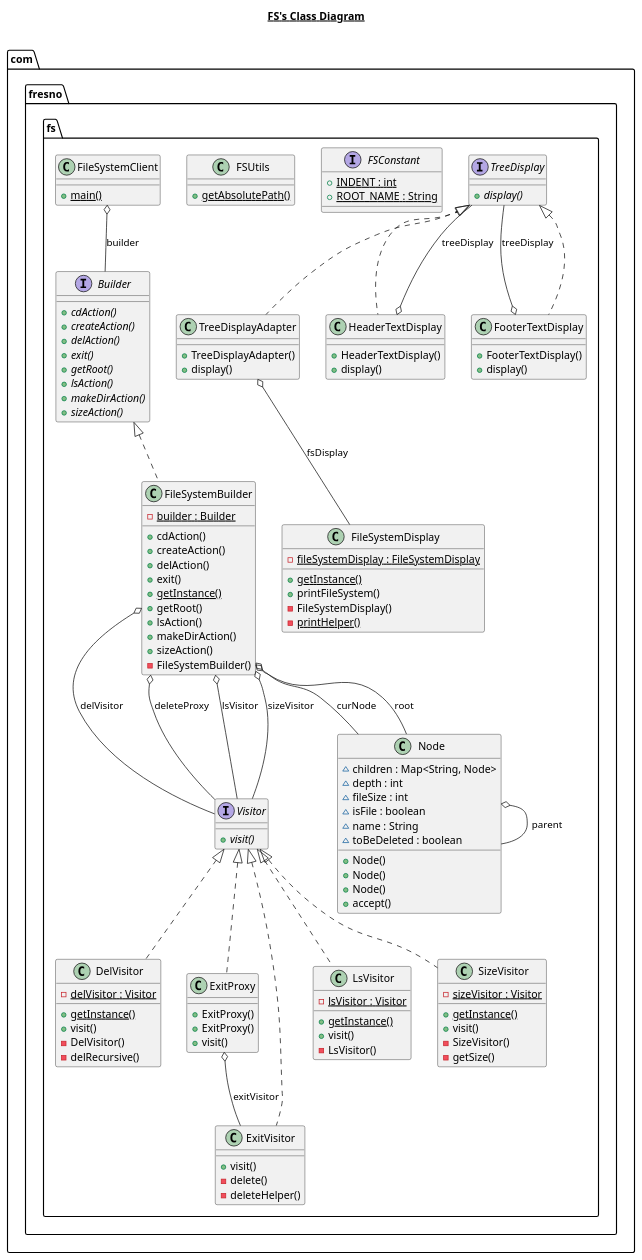
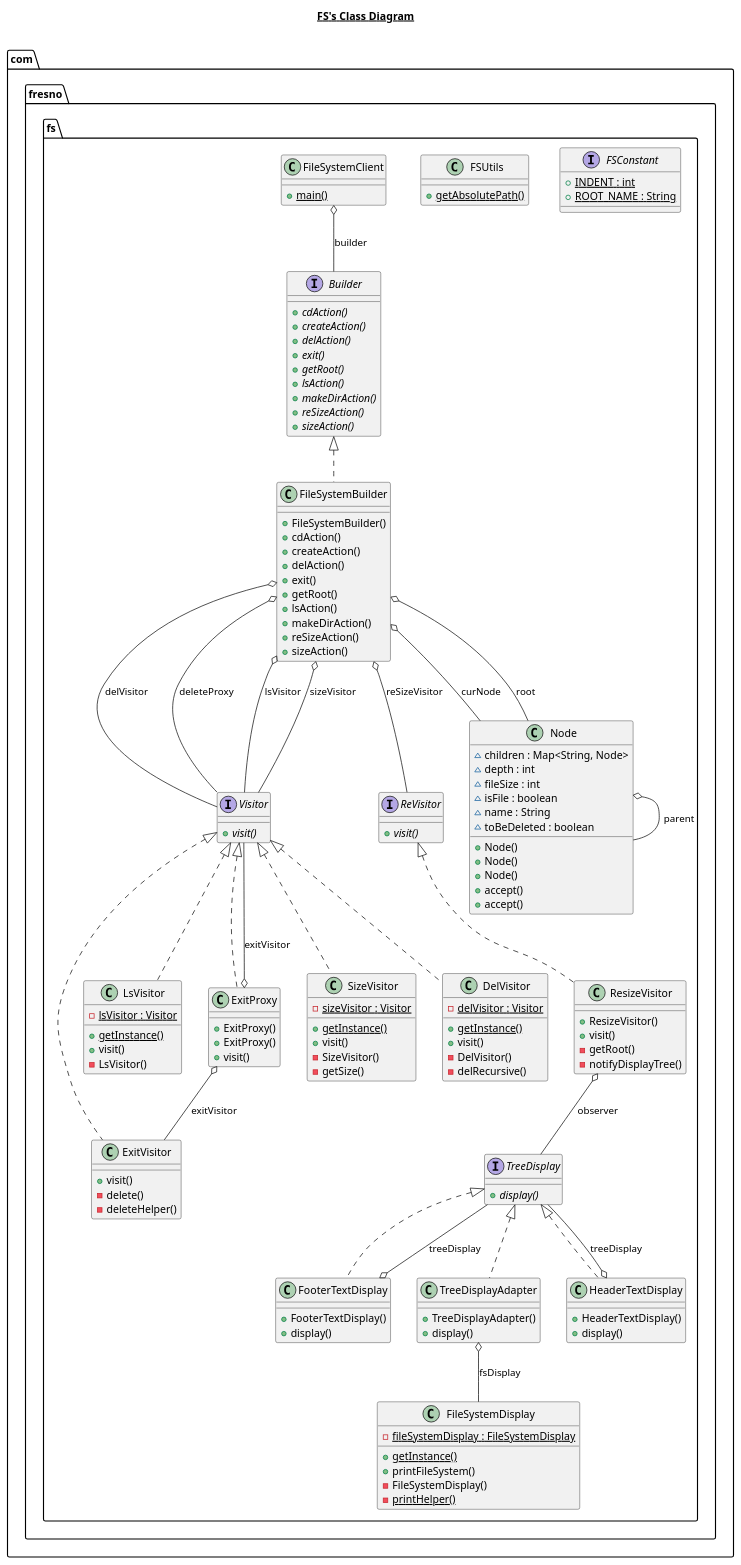
Before and after one commit to qwang6/assignment: the diagram in src/main/java/com/fresno/fs/fs.plantuml, drawn with PlantUML. The commit also changed 14 other files, not shown here.

```diff
--- a/src/main/java/com/fresno/fs/fs.plantuml
+++ b/src/main/java/com/fresno/fs/fs.plantuml
@@ -11,6 +11,7 @@
         {abstract} + getRoot()
         {abstract} + lsAction()
         {abstract} + makeDirAction()
+        {abstract} + reSizeAction()
         {abstract} + sizeAction()
     }
   }
@@ -62,17 +63,16 @@
 
   namespace com.fresno.fs {
     class com.fresno.fs.FileSystemBuilder {
-        {static} - builder : Builder
+        + FileSystemBuilder()
         + cdAction()
         + createAction()
         + delAction()
         + exit()
-        {static} + getInstance()
         + getRoot()
         + lsAction()
         + makeDirAction()
+        + reSizeAction()
         + sizeAction()
-        - FileSystemBuilder()
     }
   }
   
@@ -133,6 +133,24 @@
         + Node()
         + Node()
         + accept()
+        + accept()
+    }
+  }
+  
+
+  namespace com.fresno.fs {
+    interface com.fresno.fs.ReVisitor {
+        {abstract} + visit()
+    }
+  }
+  
+
+  namespace com.fresno.fs {
+    class com.fresno.fs.ResizeVisitor {
+        + ResizeVisitor()
+        + visit()
+        - getRoot()
+        - notifyDisplayTree()
     }
   }
   
@@ -172,13 +190,15 @@
   com.fresno.fs.FileSystemClient o-- com.fresno.fs.Builder : builder
   com.fresno.fs.DelVisitor .up.|> com.fresno.fs.Visitor
   com.fresno.fs.ExitProxy .up.|> com.fresno.fs.Visitor
+  com.fresno.fs.ExitProxy o-- com.fresno.fs.Visitor : exitVisitor
+  com.fresno.fs.ExitProxy o-- com.fresno.fs.ExitVisitor : exitVisitor
   com.fresno.fs.ExitVisitor .up.|> com.fresno.fs.Visitor
   com.fresno.fs.FileSystemBuilder .up.|> com.fresno.fs.Builder
-  com.fresno.fs.ExitProxy o-- com.fresno.fs.ExitVisitor : exitVisitor
   com.fresno.fs.FileSystemBuilder o-- com.fresno.fs.Node : curNode
   com.fresno.fs.FileSystemBuilder o-- com.fresno.fs.Visitor : delVisitor
   com.fresno.fs.FileSystemBuilder o-- com.fresno.fs.Visitor : deleteProxy
   com.fresno.fs.FileSystemBuilder o-- com.fresno.fs.Visitor : lsVisitor
+  com.fresno.fs.FileSystemBuilder o-- com.fresno.fs.ReVisitor : reSizeVisitor
   com.fresno.fs.FileSystemBuilder o-- com.fresno.fs.Node : root
   com.fresno.fs.FileSystemBuilder o-- com.fresno.fs.Visitor : sizeVisitor
   com.fresno.fs.FooterTextDisplay .up.|> com.fresno.fs.TreeDisplay
@@ -187,6 +207,8 @@
   com.fresno.fs.HeaderTextDisplay o-- com.fresno.fs.TreeDisplay : treeDisplay
   com.fresno.fs.LsVisitor .up.|> com.fresno.fs.Visitor
   com.fresno.fs.Node o-- com.fresno.fs.Node : parent
+  com.fresno.fs.ResizeVisitor .up.|> com.fresno.fs.ReVisitor
+  com.fresno.fs.ResizeVisitor o-- com.fresno.fs.TreeDisplay : observer
   com.fresno.fs.SizeVisitor .up.|> com.fresno.fs.Visitor
   com.fresno.fs.TreeDisplayAdapter .up.|> com.fresno.fs.TreeDisplay
   com.fresno.fs.TreeDisplayAdapter o-- com.fresno.fs.FileSystemDisplay : fsDisplay
```
